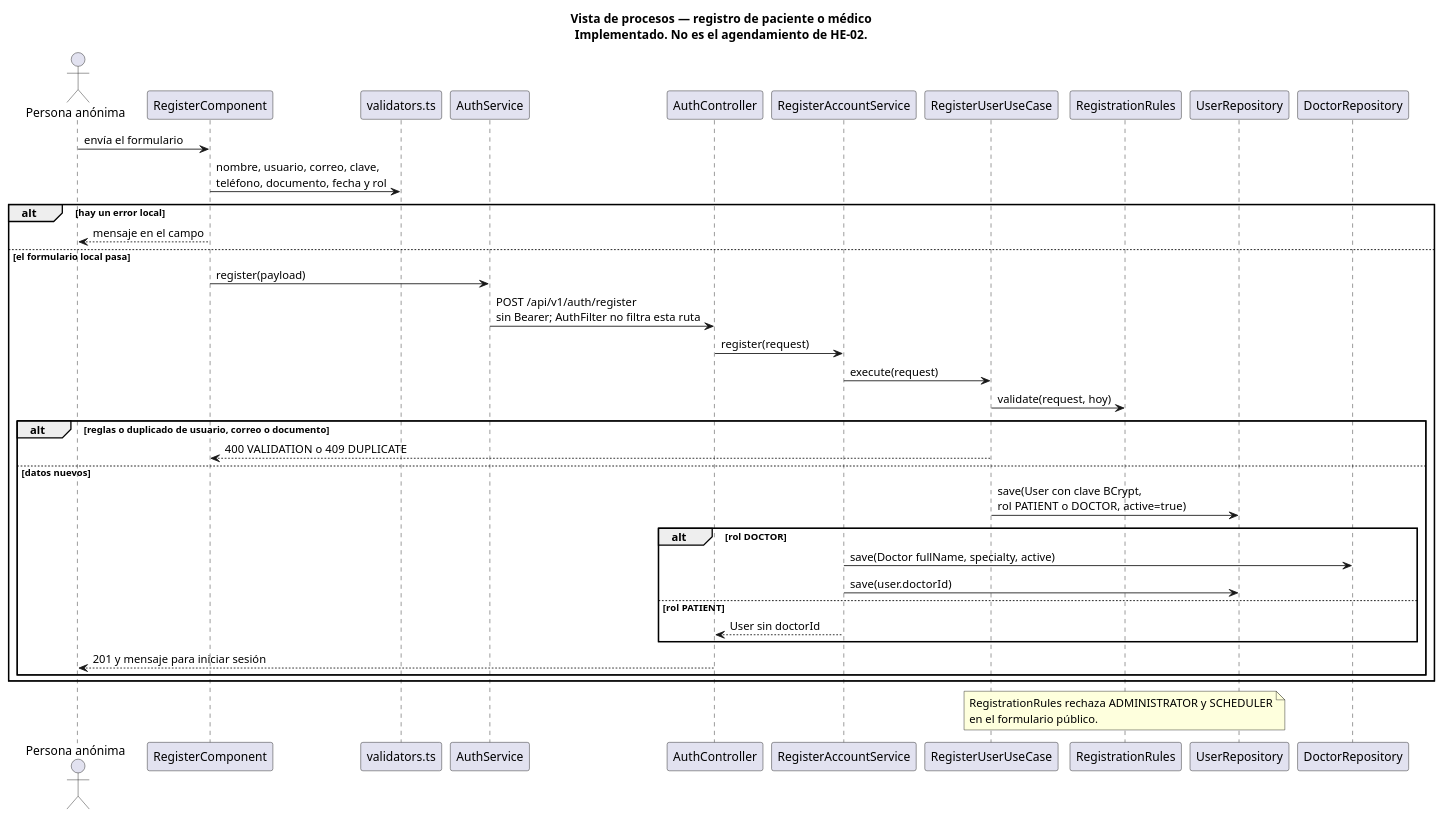
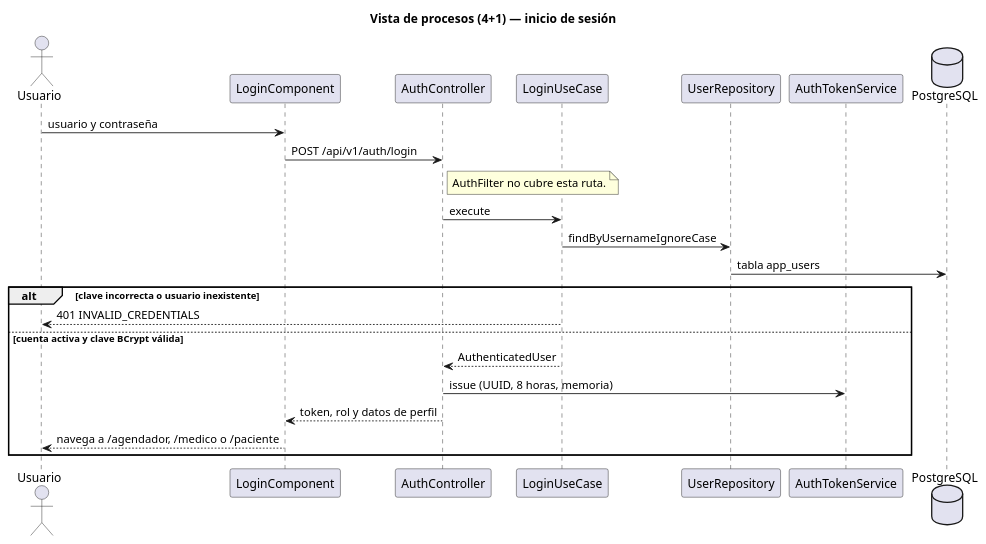
The second of 2 diagrams in docs/architecture/vistas-4+1/vista-procesos.puml (IikanBonilla/Piedrazul_System-Modular-Monolith), drawn with PlantUML before and after one commit. The commit also changed other lines of this file and 11 other files, not shown here.

```diff
--- a/docs/architecture/vistas-4+1/vista-procesos.puml
+++ b/docs/architecture/vistas-4+1/vista-procesos.puml
@@ -105,44 +35,29 @@
-@startuml registro-prerrequisito-de-HE-02
-title Vista de procesos — registro de paciente o médico\nImplementado. No es el agendamiento de HE-02.
+@startuml login
+title Vista de procesos (4+1) — inicio de sesión
 
-actor "Persona anónima" as Actor
-participant "RegisterComponent" as Page
-participant "validators.ts" as Val
-participant "AuthService" as Auth
+actor "Usuario" as Actor
+participant "LoginComponent" as Page
 participant "AuthController" as Ctrl
-participant "RegisterAccountService" as Svc
-participant "RegisterUserUseCase" as Uc
-participant "RegistrationRules" as Rules
+participant "LoginUseCase" as Uc
 participant "UserRepository" as Users
-participant "DoctorRepository" as Doctors
+participant "AuthTokenService" as Tokens
+database "PostgreSQL" as Db
 
-Actor -> Page : envía el formulario
-Page -> Val : nombre, usuario, correo, clave,\nteléfono, documento, fecha y rol
-alt hay un error local
-  Page --> Actor : mensaje en el campo
-else el formulario local pasa
-  Page -> Auth : register(payload)
-  Auth -> Ctrl : POST /api/v1/auth/register\nsin Bearer; AuthFilter no filtra esta ruta
-  Ctrl -> Svc : register(request)
-  Svc -> Uc : execute(request)
-  Uc -> Rules : validate(request, hoy)
-  alt reglas o duplicado de usuario, correo o documento
-    Uc --> Page : 400 VALIDATION o 409 DUPLICATE
-  else datos nuevos
-    Uc -> Users : save(User con clave BCrypt,\nrol PATIENT o DOCTOR, active=true)
-    alt rol DOCTOR
-      Svc -> Doctors : save(Doctor fullName, specialty, active)
-      Svc -> Users : save(user.doctorId)
-    else rol PATIENT
-      Svc --> Ctrl : User sin doctorId
-    end
-    Ctrl --> Actor : 201 y mensaje para iniciar sesión
-  end
+Actor -> Page : usuario y contraseña
+Page -> Ctrl : POST /api/v1/auth/login
+note right of Ctrl
+  AuthFilter no cubre esta ruta.
+end note
+Ctrl -> Uc : execute
+Uc -> Users : findByUsernameIgnoreCase
+Users -> Db : tabla app_users
+alt clave incorrecta o usuario inexistente
+  Uc --> Actor : 401 INVALID_CREDENTIALS
+else cuenta activa y clave BCrypt válida
+  Uc --> Ctrl : AuthenticatedUser
+  Ctrl -> Tokens : issue (UUID, 8 horas, memoria)
+  Ctrl --> Page : token, rol y datos de perfil
+  Page --> Actor : navega a /agendador, /medico o /paciente
 end
 
-note over Rules
-  RegistrationRules rechaza ADMINISTRATOR y SCHEDULER
-  en el formulario público.
-end note
-
 @enduml
```
